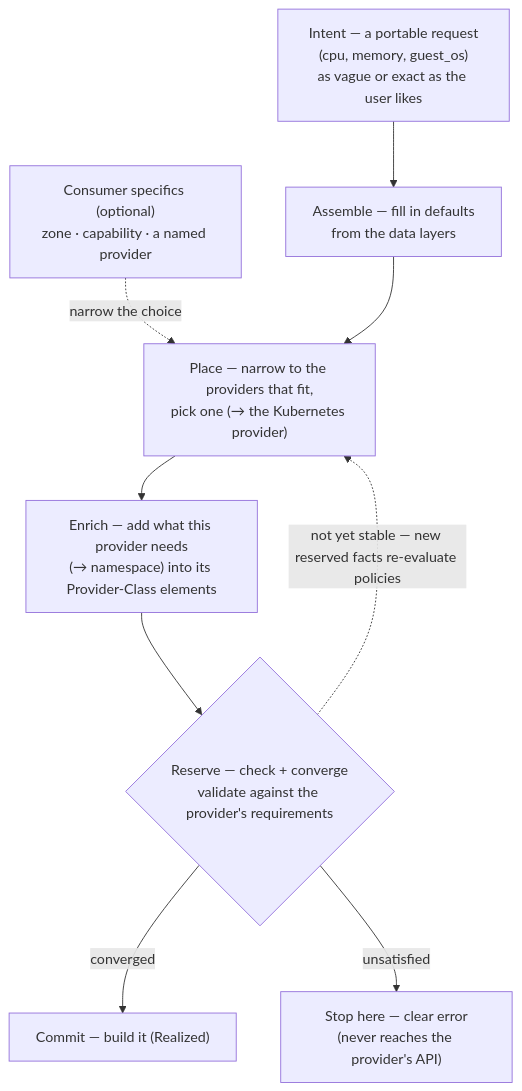
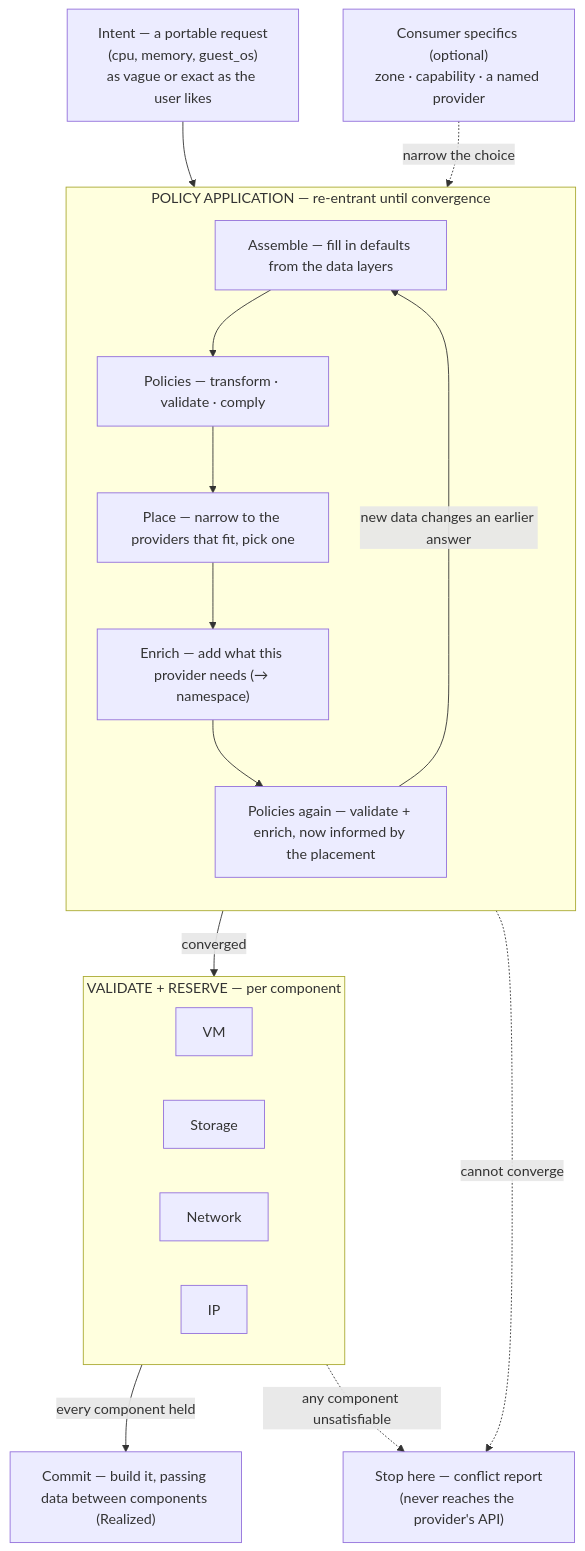
One commit to croadfeldt/udlm changed the diagram in docs/flows/request-realization.md. Above: the diagram before and after it, drawn with Mermaid. The commit also changed other lines of this file and 2 other files, not shown here.

First paragraph of the commit message:
docs(flows): correct the convergence model; answer who/what/when on UC-04
Engineering feedback on UC-04, and the process flow was wrong in the same way
the base flow is — so both are fixed.

````diff
--- a/docs/flows/request-realization.md
+++ b/docs/flows/request-realization.md
@@ -34,12 +34,27 @@
 ```mermaid
 flowchart TD
-  I["Intent — a portable request<br/>(cpu, memory, guest_os)<br/>as vague or exact as the user likes"] --> A
-  CC["Consumer specifics (optional)<br/>zone · capability · a named provider"] -.->|narrow the choice| P
-  A["Assemble — fill in defaults<br/>from the data layers"] --> P
-  P["Place — narrow to the providers that fit,<br/>pick one (→ the Kubernetes provider)"] --> E
-  E["Enrich — add what this provider needs<br/>(→ namespace) into its Provider-Class elements"] --> R
-  R{"Reserve — check + converge<br/>validate against the provider's requirements"}
-  R -. "not yet stable — new reserved facts re-evaluate policies" .-> P
-  R -- converged --> C["Commit — build it (Realized)"]
-  R -- unsatisfied --> F["Stop here — clear error<br/>(never reaches the provider's API)"]
+  I["Intent — a portable request<br/>(cpu, memory, guest_os)<br/>as vague or exact as the user likes"] --> CONV
+  CC["Consumer specifics (optional)<br/>zone · capability · a named provider"] -.->|narrow the choice| CONV
+
+  subgraph CONV["POLICY APPLICATION — re-entrant until convergence"]
+    direction TB
+    A["Assemble — fill in defaults from the data layers"]
+    A --> PO["Policies — transform · validate · comply"]
+    PO --> P["Place — narrow to the providers that fit, pick one"]
+    P --> E["Enrich — add what this provider needs (→ namespace)"]
+    E --> PO2["Policies again — validate + enrich, now informed by the placement"]
+    PO2 -->|"new data changes an earlier answer"| A
+  end
+
+  CONV -->|"converged"| R
+  subgraph R["VALIDATE + RESERVE — per component"]
+    direction LR
+    RV["VM"]
+    RS["Storage"]
+    RN["Network"]
+    RI["IP"]
+  end
+  R -->|"every component held"| C["Commit — build it, passing data between components (Realized)"]
+  CONV -. "cannot converge" .-> F["Stop here — conflict report<br/>(never reaches the provider's API)"]
+  R -. "any component unsatisfiable" .-> F
 ```
````
